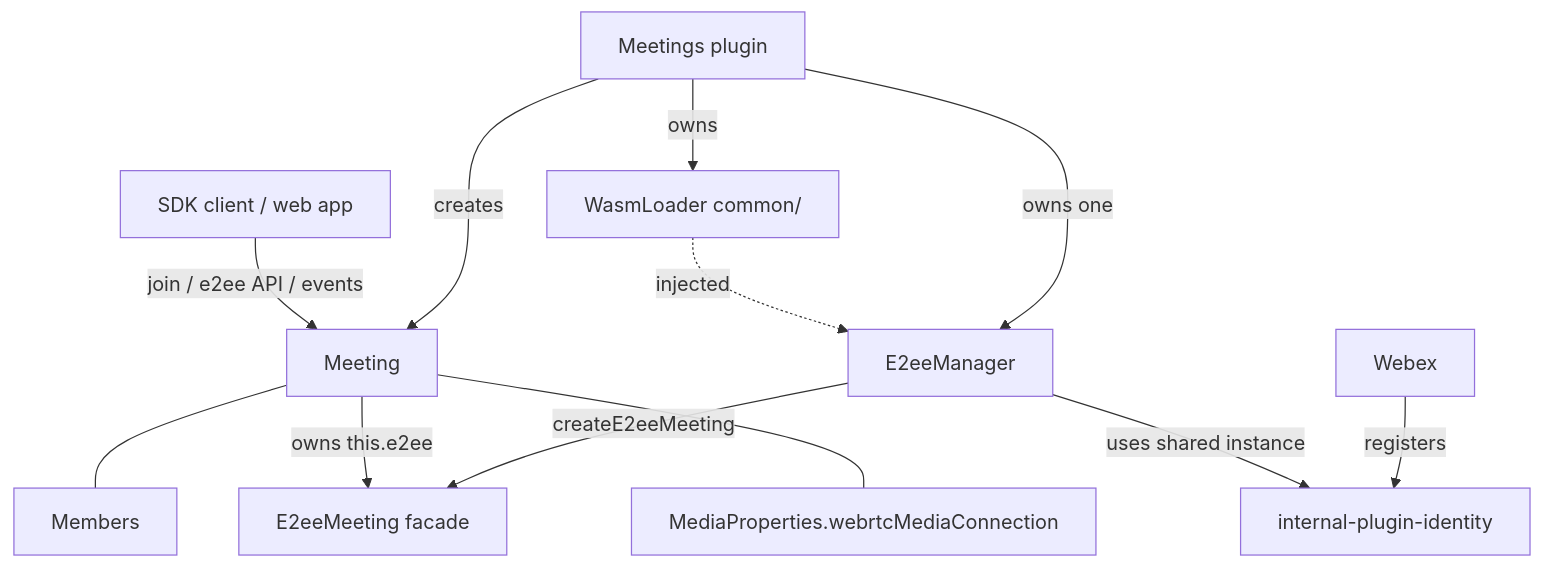
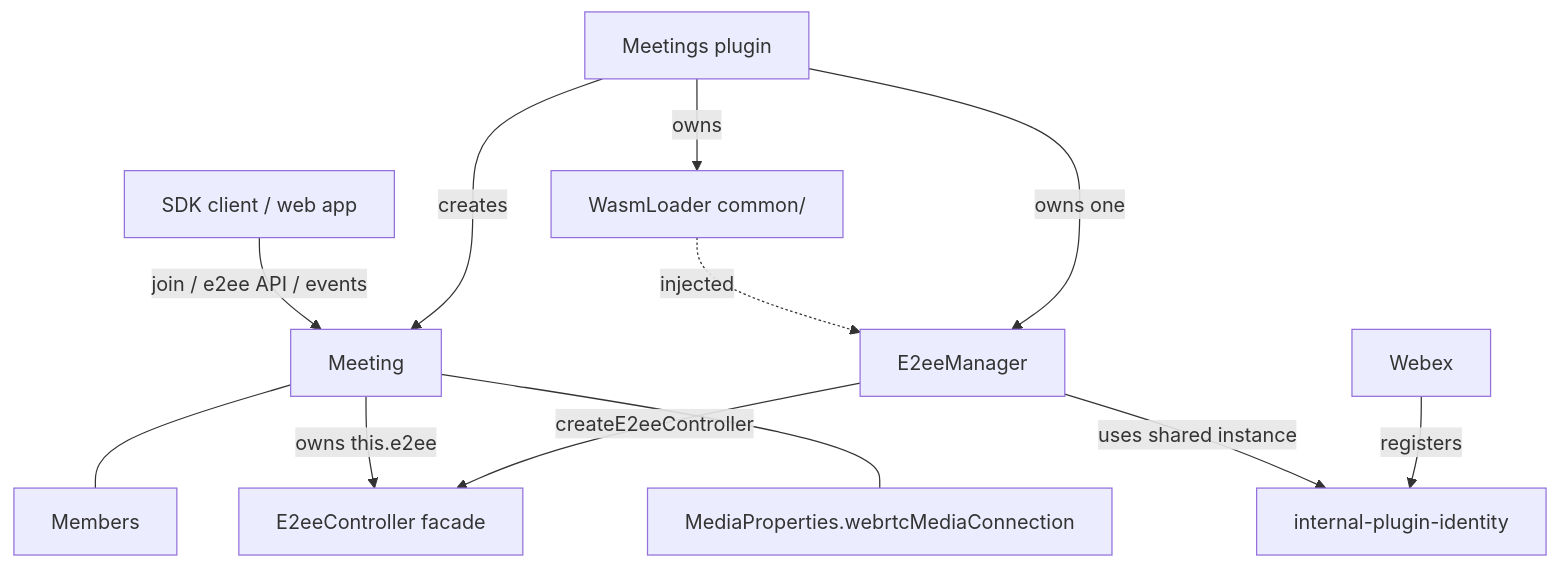
Before and after one commit to webex/webex-js-sdk: the first of 3 diagrams in packages/@webex/plugin-meetings/src/e2ee/DESIGN.md, drawn with Mermaid. The commit also changed other lines of this file and 9 other files, not shown here.

Commit message:
fix: tidy up of dependencies, renamed E2eeMeeting to E2eeController

````diff
--- a/packages/@webex/plugin-meetings/src/e2ee/DESIGN.md
+++ b/packages/@webex/plugin-meetings/src/e2ee/DESIGN.md
@@ -105,14 +105,14 @@
 ```mermaid
 graph TD
     Meetings[Meetings plugin] -->|creates| Meeting[Meeting]
     Meetings -->|owns| WasmLoader[WasmLoader common/]
     Meetings -->|owns one| Mgr[E2eeManager]
     WasmLoader -.->|injected| Mgr
     Webex -->|registers| Ident[internal-plugin-identity]
     Mgr -->|uses shared instance| Ident
-    Mgr -->|createE2eeMeeting| E2eeMeeting[E2eeMeeting facade]
-    Meeting -->|owns this.e2ee| E2eeMeeting
+    Mgr -->|createE2eeController| E2eeController[E2eeController facade]
+    Meeting -->|owns this.e2ee| E2eeController
     App[SDK client / web app] -->|join / e2ee API / events| Meeting
     Meeting --- Members
     Meeting --- MediaProps[MediaProperties.webrtcMediaConnection]
 ```
````
